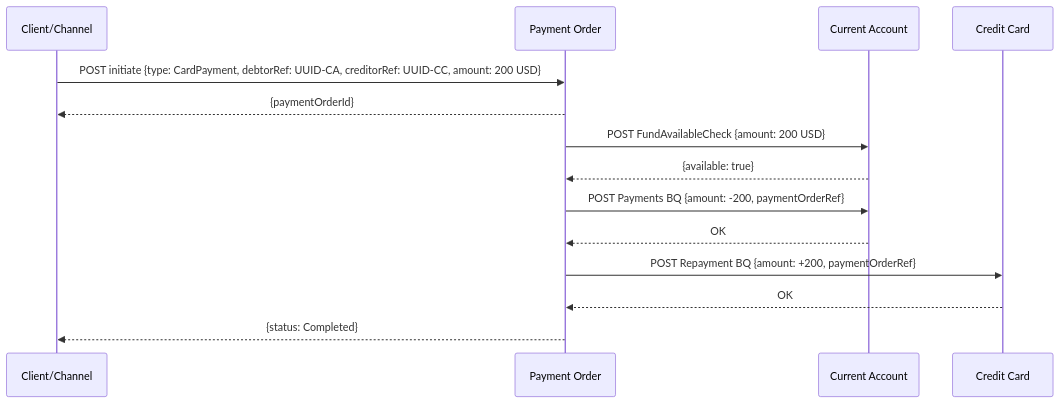
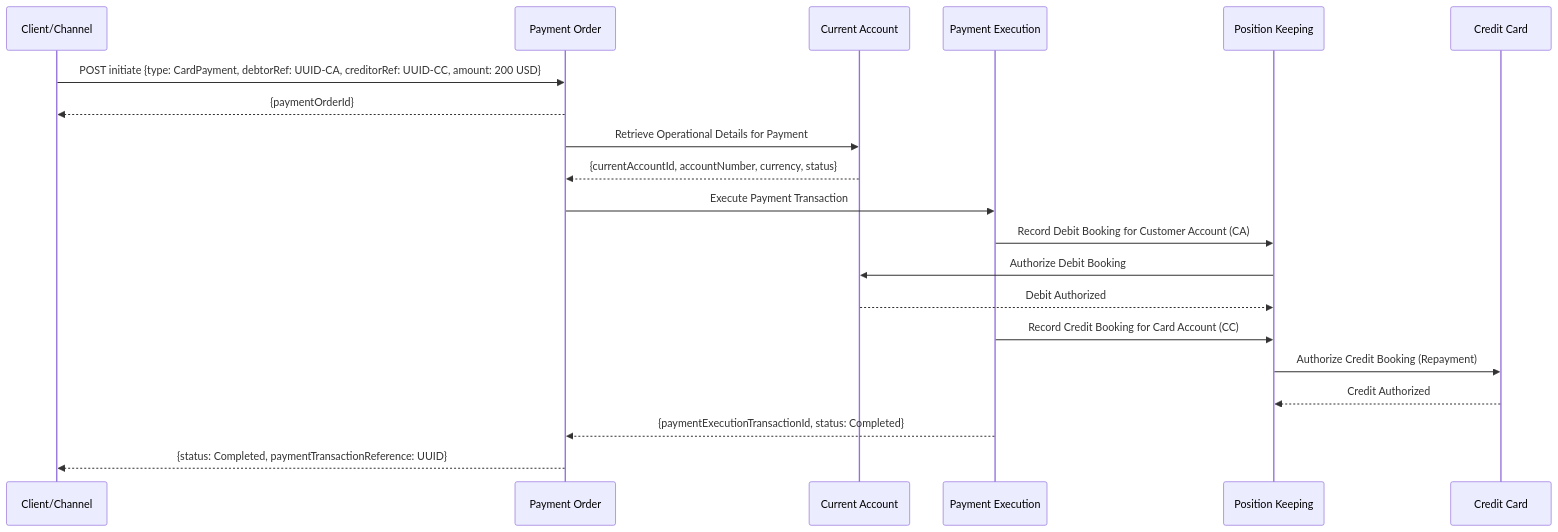
Before and after one commit to junior5783/BIAN: the eighth of 14 diagrams in arquitectura-bian13.md, drawn with Mermaid. The commit also changed other lines of this file, not shown here.

Commit message:
Update new diagrams

````diff
--- a/arquitectura-bian13.md
+++ b/arquitectura-bian13.md
@@ -776,21 +809,28 @@
 ```mermaid
 sequenceDiagram
     participant C as Client/Channel
     participant PO as Payment Order
     participant CA as Current Account
+    participant PE as Payment Execution
+    participant PK as Position Keeping
     participant CC as Credit Card
 
     C->>PO: POST initiate {type: CardPayment, debtorRef: UUID-CA, creditorRef: UUID-CC, amount: 200 USD}
     PO-->>C: {paymentOrderId}
 
-    PO->>CA: POST FundAvailableCheck {amount: 200 USD}
-    CA-->>PO: {available: true}
+    PO->>CA: Retrieve Operational Details for Payment
+    CA-->>PO: {currentAccountId, accountNumber, currency, status}
 
-    PO->>CA: POST Payments BQ {amount: -200, paymentOrderRef}
-    CA-->>PO: OK
+    PO->>PE: Execute Payment Transaction
 
-    PO->>CC: POST Repayment BQ {amount: +200, paymentOrderRef}
-    CC-->>PO: OK
+    PE->>PK: Record Debit Booking for Customer Account (CA)
+    PK->>CA: Authorize Debit Booking
+    CA-->>PK: Debit Authorized
 
-    PO-->>C: {status: Completed}
+    PE->>PK: Record Credit Booking for Card Account (CC)
+    PK->>CC: Authorize Credit Booking (Repayment)
+    CC-->>PK: Credit Authorized
+
+    PE-->>PO: {paymentExecutionTransactionId, status: Completed}
+    PO-->>C: {status: Completed, paymentTransactionReference: UUID}
 ```
````
